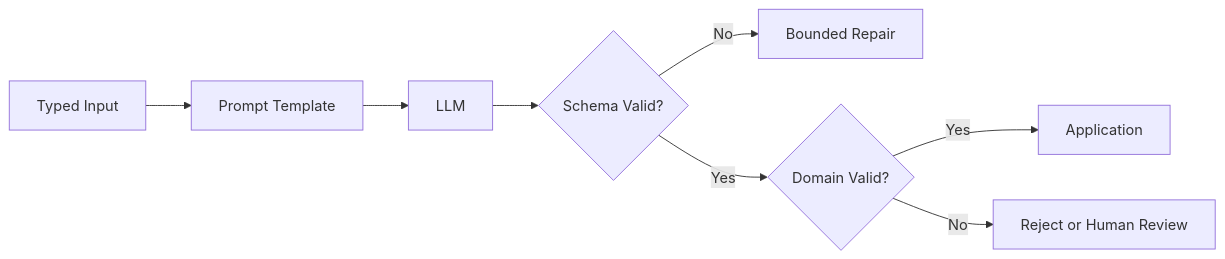
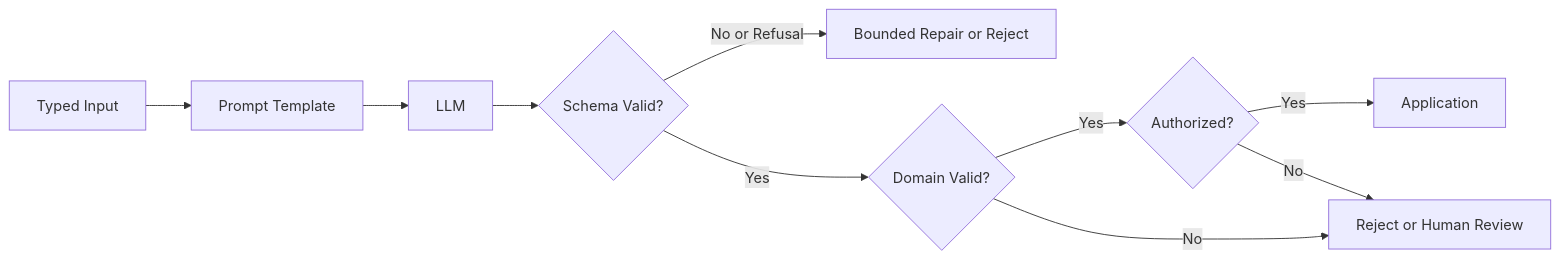
The diagram in apps/api/src/main/resources/content/ai-03-prompt-structured-output.md (hyeongseoblim/systemdesign), drawn with Mermaid before and after one commit. The commit also changed other lines of this file and 96 other files, not shown here.

````diff
--- a/apps/api/src/main/resources/content/ai-03-prompt-structured-output.md
+++ b/apps/api/src/main/resources/content/ai-03-prompt-structured-output.md
@@ -23,10 +23,12 @@
 ```mermaid
 flowchart LR
     I[Typed Input] --> P[Prompt Template]
     P --> M[LLM]
     M --> S{Schema Valid?}
-    S -->|No| R[Bounded Repair]
+    S -->|No or Refusal| R[Bounded Repair or Reject]
     S -->|Yes| D{Domain Valid?}
-    D -->|Yes| A[Application]
+    D -->|Yes| Z{Authorized?}
     D -->|No| F[Reject or Human Review]
+    Z -->|Yes| A[Application]
+    Z -->|No| F
 ```
````
